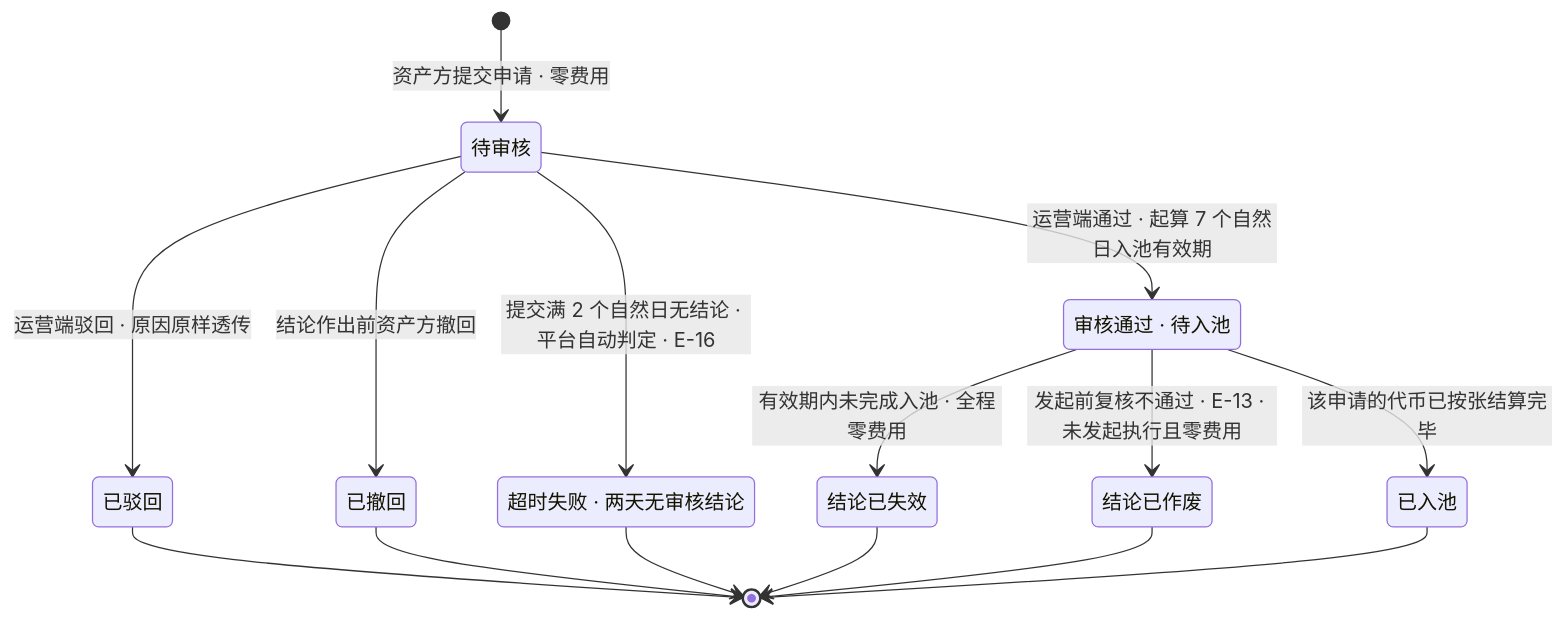
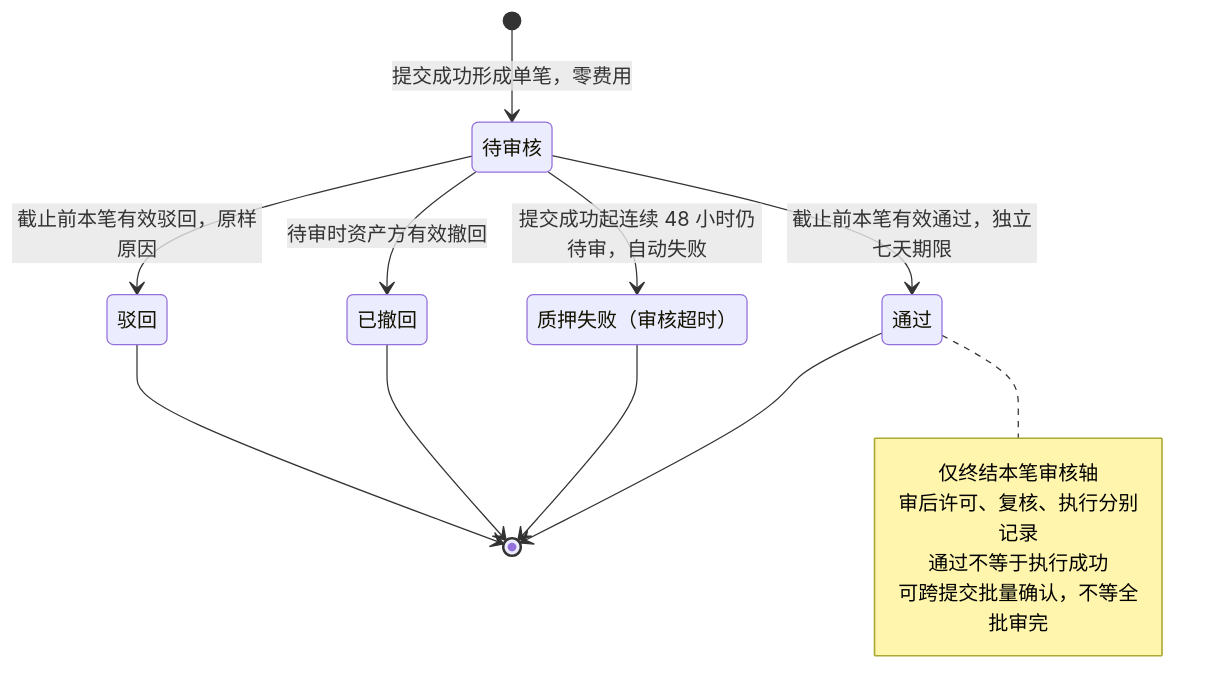
The ninth of 9 diagrams in lending-platform/PRD/v1.0-借贷广场-融资需求与代币质押/v1.0-借贷广场-融资需求与代币质押-流程图与状态机.md (wxblockchain/Chain-Financing), drawn with Mermaid before and after one commit. The commit also changed other lines of this file and 5 other files, not shown here.

````diff
--- a/lending-platform/PRD/v1.0-借贷广场-融资需求与代币质押/v1.0-借贷广场-融资需求与代币质押-流程图与状态机.md
+++ b/lending-platform/PRD/v1.0-借贷广场-融资需求与代币质押/v1.0-借贷广场-融资需求与代币质押-流程图与状态机.md
@@ -244,25 +242,23 @@
 ```mermaid
 stateDiagram-v2
   SUBMIT: 待审核
-  APPROVED: 审核通过 · 待入池
-  REJECTED: 已驳回
+  APPROVED: 通过
+  REJECTED: 驳回
   CANCELED: 已撤回
-  EXPIRED: 结论已失效
-  TIMEOUT: 超时失败 · 两天无审核结论
-  VOIDED: 结论已作废
-  DONE: 已入池
-  [*] --> SUBMIT: 资产方提交申请 · 零费用
-  SUBMIT --> REJECTED: 运营端驳回 · 原因原样透传
-  SUBMIT --> CANCELED: 结论作出前资产方撤回
-  SUBMIT --> TIMEOUT: 提交满 2 个自然日无结论 · 平台自动判定 · E-16
-  SUBMIT --> APPROVED: 运营端通过 · 起算 7 个自然日入池有效期
-  APPROVED --> EXPIRED: 有效期内未完成入池 · 全程零费用
-  APPROVED --> VOIDED: 发起前复核不通过 · E-13 · 未发起执行且零费用
-  APPROVED --> DONE: 该申请的代币已按张结算完毕
+  TIMEOUT: 质押失败（审核超时）
+  [*] --> SUBMIT: 提交成功形成单笔，零费用
+  SUBMIT --> REJECTED: 截止前本笔有效驳回，原样原因
+  SUBMIT --> CANCELED: 待审时资产方有效撤回
+  SUBMIT --> TIMEOUT: 提交成功起连续 48 小时仍待审，自动失败
+  SUBMIT --> APPROVED: 截止前本笔有效通过，独立七天期限
+  APPROVED --> [*]
   REJECTED --> [*]
   CANCELED --> [*]
-  EXPIRED --> [*]
   TIMEOUT --> [*]
-  VOIDED --> [*]
-  DONE --> [*]
+  note right of APPROVED
+    仅终结本笔审核轴
+    审后许可、复核、执行分别记录
+    通过不等于执行成功
+    可跨提交批量确认，不等全批审完
+  end note
 ```
````
